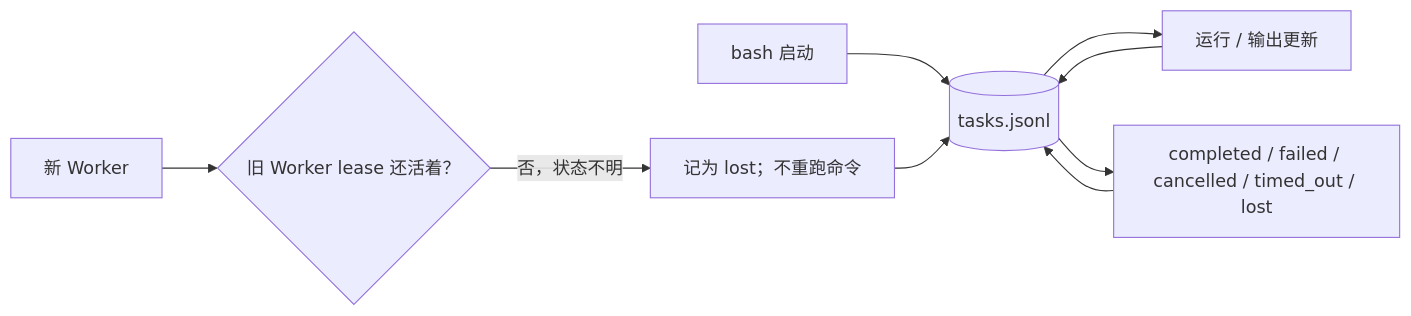
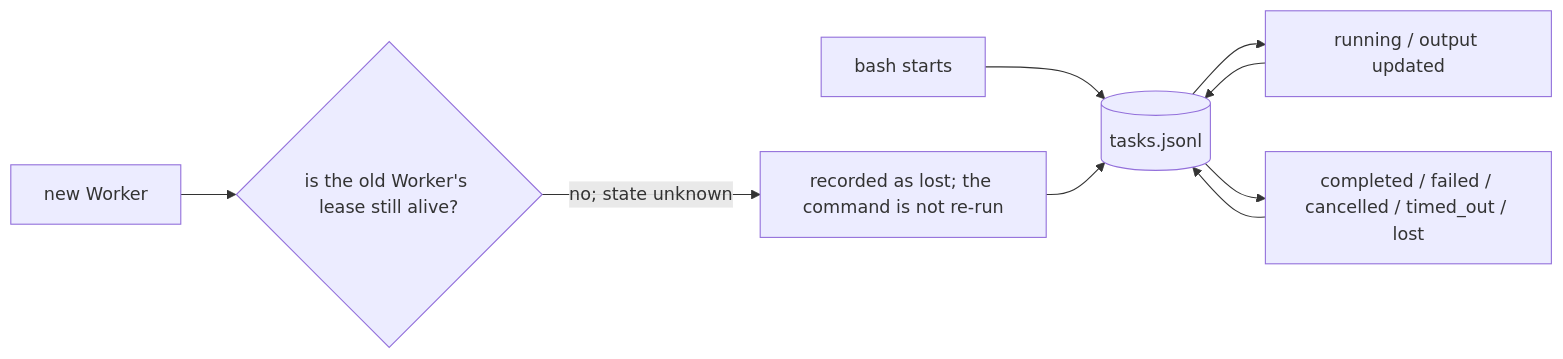
One commit to Azzurroooo/rind changed the diagram in docs/internals/03-persistence/task-journal.md. Above: the diagram before and after it, drawn with Mermaid. The commit also changed other lines of this file and 109 other files, not shown here.

```diff
--- a/docs/internals/03-persistence/task-journal.md
+++ b/docs/internals/03-persistence/task-journal.md
@@ -5,11 +7,11 @@
 ~~~mermaid
 flowchart LR
-    START["bash 启动"] --> J[("tasks.jsonl")]
-    J --> RUN["运行 / 输出更新"]
+    START["bash starts"] --> J[("tasks.jsonl")]
+    J --> RUN["running / output updated"]
     RUN --> J
     J --> TERM["completed / failed / cancelled / timed_out / lost"]
     TERM --> J
-    RESTART["新 Worker"] --> LEASE{"旧 Worker lease 还活着？"}
-    LEASE -->|"否，状态不明"| LOST["记为 lost；不重跑命令"]
+    RESTART["new Worker"] --> LEASE{"is the old Worker's lease still alive?"}
+    LEASE -->|"no; state unknown"| LOST["recorded as lost; the command is not re-run"]
     LOST --> J
 ~~~
```
